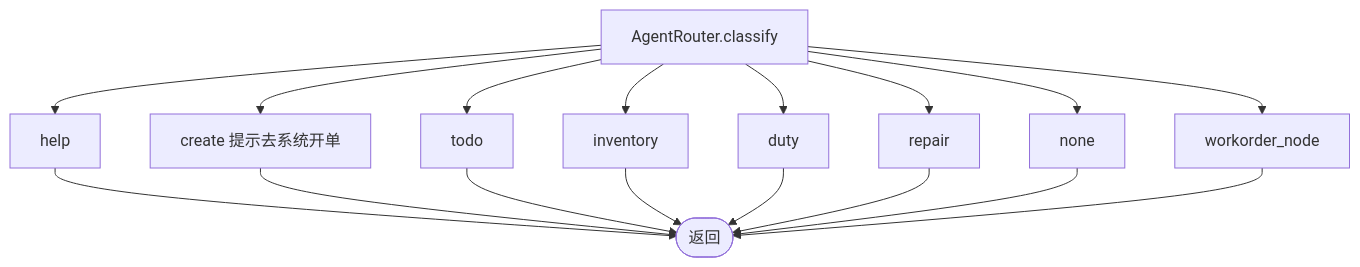
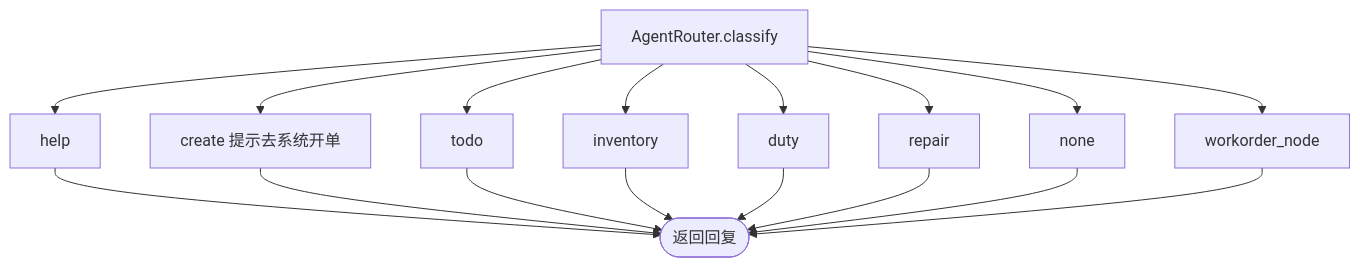
Diagram 11 of 12 in docs/ARCHITECTURE.md (SHUN-EI/Car-Repair-System), drawn with Mermaid before and after one commit. The commit also changed other lines of this file and 4 other files, not shown here.

````diff
--- a/docs/ARCHITECTURE.md
+++ b/docs/ARCHITECTURE.md
@@ -644,19 +711,19 @@
 ```mermaid
 flowchart TD
-    R[AgentRouter.classify] --> H[help]
-    R --> C[create 提示去系统开单]
-    R --> T[todo]
-    R --> I[inventory]
-    R --> D[duty]
-    R --> P[repair]
-    R --> N[none]
-    R --> W[workorder_node]
-    H --> END([返回])
-    C --> END
-    T --> END
-    I --> END
-    D --> END
-    P --> END
-    N --> END
-    W --> END
+    R["AgentRouter.classify"] --> H["help"]
+    R --> C["create 提示去系统开单"]
+    R --> T["todo"]
+    R --> I["inventory"]
+    R --> D["duty"]
+    R --> P["repair"]
+    R --> N["none"]
+    R --> W["workorder_node"]
+    H --> ENDR(["返回回复"])
+    C --> ENDR
+    T --> ENDR
+    I --> ENDR
+    D --> ENDR
+    P --> ENDR
+    N --> ENDR
+    W --> ENDR
 ```
````
